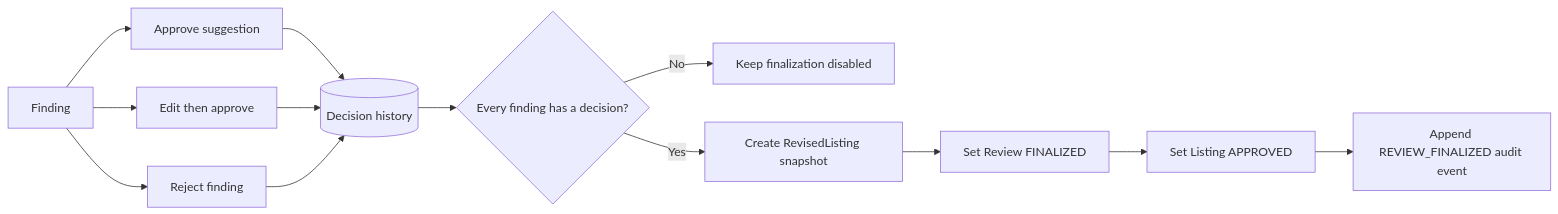
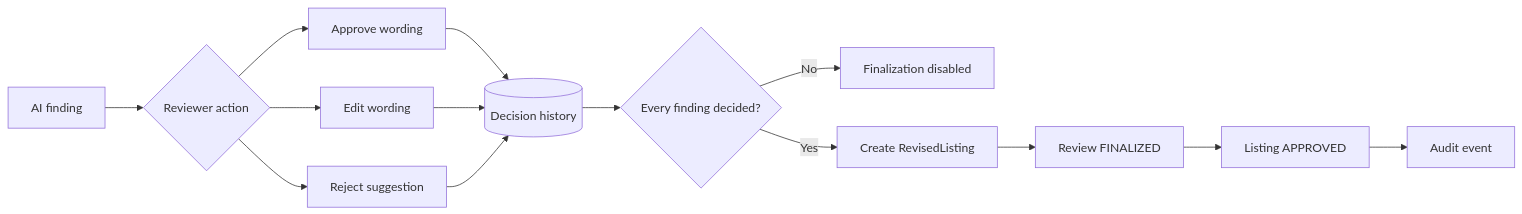
Before and after one commit to ashwani-raj1/Aggroso: the fourth of 7 diagrams in README.md, drawn with Mermaid. The commit also changed other lines of this file and 6 other files, not shown here.

Commit message:
docs: finalize workflows diagrams and screenshots

````diff
--- a/README.md
+++ b/README.md
@@ -211,15 +209,16 @@
 ```mermaid
 flowchart LR
-    F[Finding] --> A[Approve suggestion]
-    F --> E[Edit then approve]
-    F --> R[Reject finding]
-    A --> D[(Decision history)]
-    E --> D
-    R --> D
-    D --> Q{Every finding has a decision?}
-    Q -->|No| W[Keep finalization disabled]
-    Q -->|Yes| S[Create RevisedListing snapshot]
-    S --> L[Set Review FINALIZED]
-    L --> P[Set Listing APPROVED]
-    P --> H[Append REVIEW_FINALIZED audit event]
+    Finding[AI finding] --> Decision{Reviewer action}
+    Decision --> Approve[Approve wording]
+    Decision --> Edit[Edit wording]
+    Decision --> Reject[Reject suggestion]
+    Approve --> History[(Decision history)]
+    Edit --> History
+    Reject --> History
+    History --> Ready{Every finding decided?}
+    Ready -->|No| Disabled[Finalization disabled]
+    Ready -->|Yes| Snapshot[Create RevisedListing]
+    Snapshot --> Final[Review FINALIZED]
+    Final --> Status[Listing APPROVED]
+    Status --> Audit[Audit event]
 ```
````
